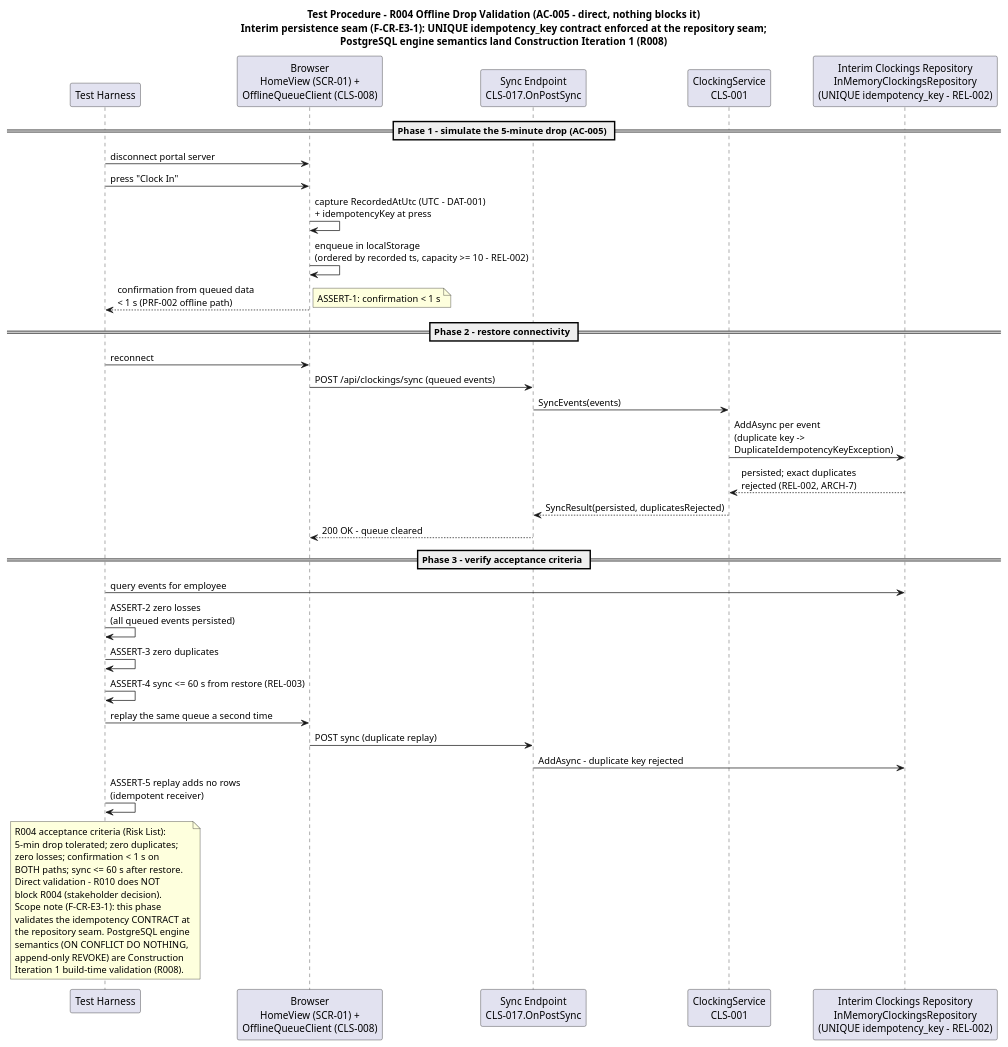
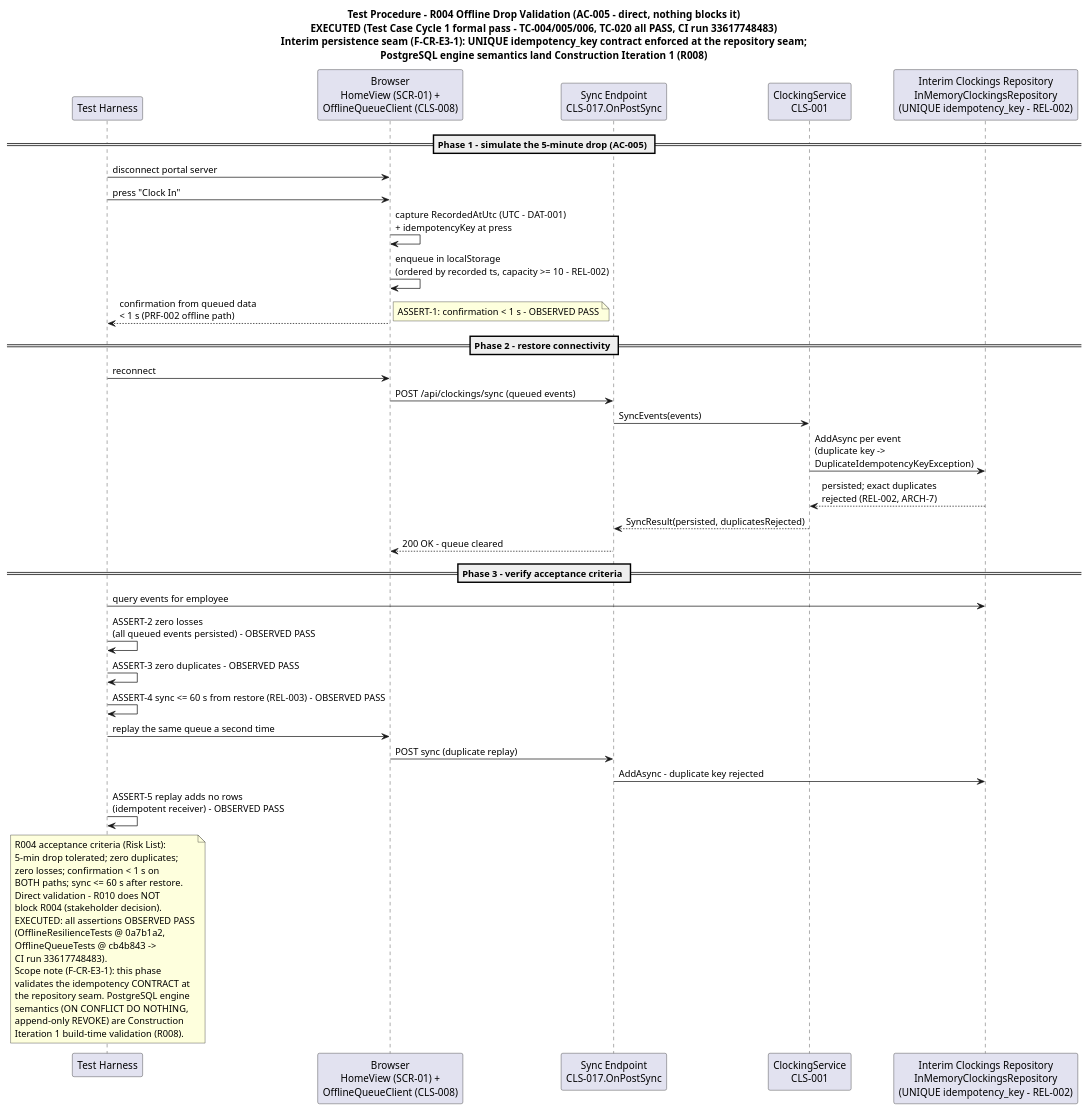
One commit to banense-test/employee-portal changed the third of 5 diagrams in docs/artifacts/test/test-evaluation-summary.md. Above: the diagram before and after it, drawn with PlantUML. The commit also changed other lines of this file, not shown here.

First line of the commit message:
Test Manager [E4]: upsert Test Evaluation Summary

````diff
--- a/docs/artifacts/test/test-evaluation-summary.md
+++ b/docs/artifacts/test/test-evaluation-summary.md
@@ -184,53 +165,57 @@
 ```plantuml
 @startuml
-title Test Procedure - R004 Offline Drop Validation (AC-005 - direct, nothing blocks it)\nInterim persistence seam (F-CR-E3-1): UNIQUE idempotency_key contract enforced at the repository seam;\nPostgreSQL engine semantics land Construction Iteration 1 (R008)
+title Test Procedure - R004 Offline Drop Validation (AC-005 - direct, nothing blocks it)\nEXECUTED (Test Case Cycle 1 formal pass - TC-004/005/006, TC-020 all PASS, CI run 33617748483)\nInterim persistence seam (F-CR-E3-1): UNIQUE idempotency_key contract enforced at the repository seam;\nPostgreSQL engine semantics land Construction Iteration 1 (R008)
 
 participant "Test Harness" as TEST
 participant "Browser\nHomeView (SCR-01) +\nOfflineQueueClient (CLS-008)" as BR
 participant "Sync Endpoint\nCLS-017.OnPostSync" as SYNC
 participant "ClockingService\nCLS-001" as CLK
 participant "Interim Clockings Repository\nInMemoryClockingsRepository\n(UNIQUE idempotency_key - REL-002)" as REPO
 
 == Phase 1 - simulate the 5-minute drop (AC-005) ==
 TEST -> BR : disconnect portal server
 TEST -> BR : press "Clock In"
 BR -> BR : capture RecordedAtUtc (UTC - DAT-001)\n+ idempotencyKey at press
 BR -> BR : enqueue in localStorage\n(ordered by recorded ts, capacity >= 10 - REL-002)
 BR --> TEST : confirmation from queued data\n< 1 s (PRF-002 offline path)
-note right: ASSERT-1: confirmation < 1 s
+note right: ASSERT-1: confirmation < 1 s - OBSERVED PASS
 
 == Phase 2 - restore connectivity ==
 TEST -> BR : reconnect
 BR -> SYNC : POST /api/clockings/sync (queued events)
 SYNC -> CLK : SyncEvents(events)
 CLK -> REPO : AddAsync per event\n(duplicate key ->\nDuplicateIdempotencyKeyException)
 REPO --> CLK : persisted; exact duplicates\nrejected (REL-002, ARCH-7)
 CLK --> SYNC : SyncResult(persisted, duplicatesRejected)
 SYNC --> BR : 200 OK - queue cleared
 
 == Phase 3 - verify acceptance criteria ==
 TEST -> REPO : query events for employee
-TEST -> TEST : ASSERT-2 zero losses\n(all queued events persisted)
-TEST -> TEST : ASSERT-3 zero duplicates
-TEST -> TEST : ASSERT-4 sync <= 60 s from restore (REL-003)
+TEST -> TEST : ASSERT-2 zero losses\n(all queued events persisted) - OBSERVED PASS
+TEST -> TEST : ASSERT-3 zero duplicates - OBSERVED PASS
+TEST -> TEST : ASSERT-4 sync <= 60 s from restore (REL-003) - OBSERVED PASS
 TEST -> BR : replay the same queue a second time
 BR -> SYNC : POST sync (duplicate replay)
 SYNC -> REPO : AddAsync - duplicate key rejected
-TEST -> TEST : ASSERT-5 replay adds no rows\n(idempotent receiver)
+TEST -> TEST : ASSERT-5 replay adds no rows\n(idempotent receiver) - OBSERVED PASS
 
 note over TEST
   R004 acceptance criteria (Risk List):
   5-min drop tolerated; zero duplicates;
   zero losses; confirmation < 1 s on
   BOTH paths; sync <= 60 s after restore.
   Direct validation - R010 does NOT
   block R004 (stakeholder decision).
+  EXECUTED: all assertions OBSERVED PASS
+  (OfflineResilienceTests @ 0a7b1a2,
+  OfflineQueueTests @ cb4b843 ->
+  CI run 33617748483).
   Scope note (F-CR-E3-1): this phase
   validates the idempotency CONTRACT at
   the repository seam. PostgreSQL engine
   semantics (ON CONFLICT DO NOTHING,
   append-only REVOKE) are Construction
   Iteration 1 build-time validation (R008).
 end note
 @enduml
 ```
````
